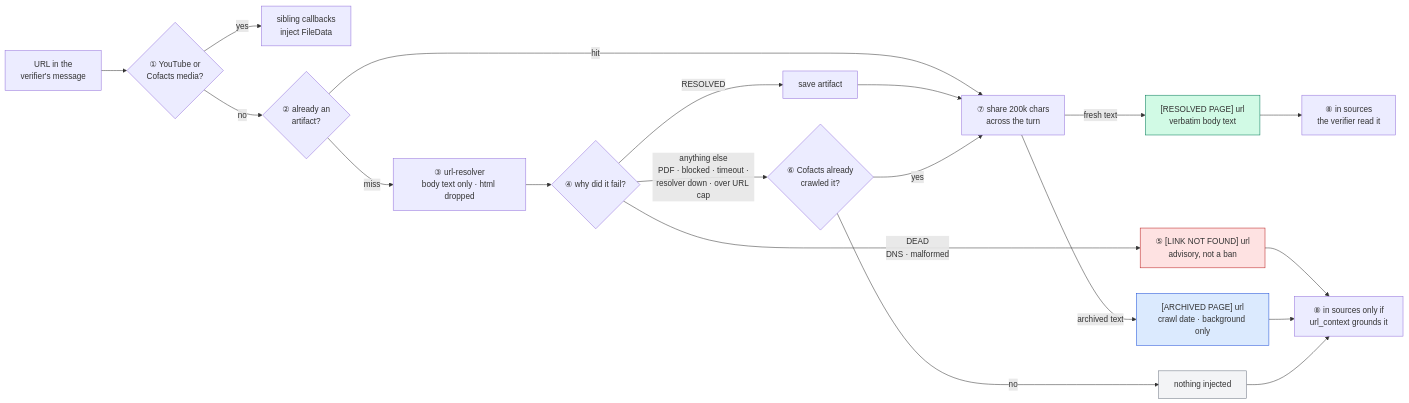
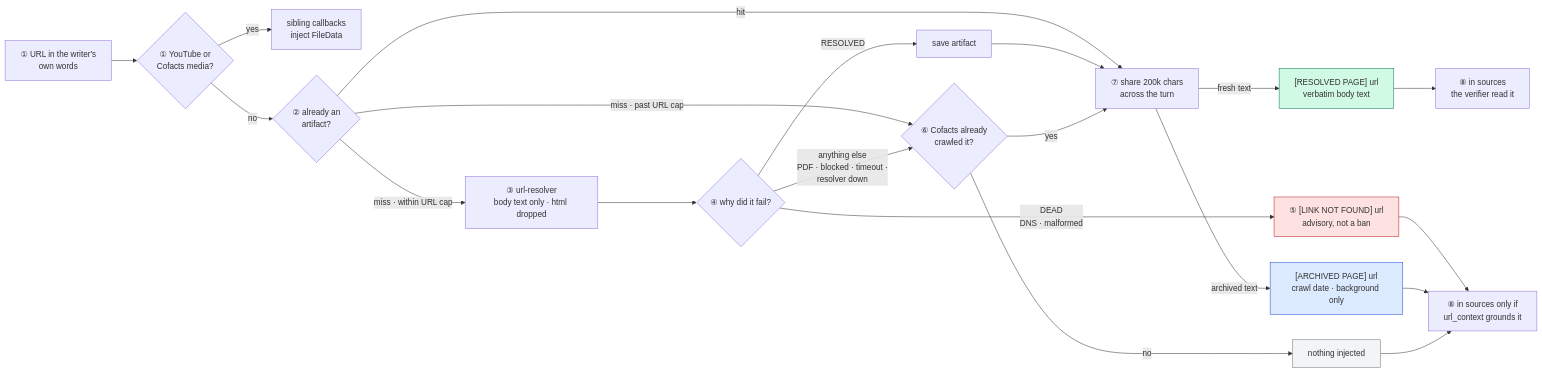
Before and after one commit to cofacts/ai: the second of 2 diagrams in docs/decisions/20260722-url-resolver-verifier-prefetch.md, drawn with Mermaid. The commit also changed other lines of this file and 8 other files, not shown here.

First line of the commit message:
fix(adk): fetch only URLs the writer wrote; move the URL cap into the callback

````diff
--- a/docs/decisions/20260722-url-resolver-verifier-prefetch.md
+++ b/docs/decisions/20260722-url-resolver-verifier-prefetch.md
@@ -147,27 +147,28 @@
 ```mermaid
 flowchart LR
-    U["URL in the<br/>verifier's message"] --> X{"① YouTube or<br/>Cofacts media?"}
+    U["① URL in the writer's<br/>own words"] --> X{"① YouTube or<br/>Cofacts media?"}
     X -->|"yes"| SIB["sibling callbacks<br/>inject FileData"]
     X -->|"no"| C{"② already an<br/>artifact?"}
-    C -->|"miss"| R["③ url-resolver<br/>body text only · html dropped"]
+    C -->|"miss · within URL cap"| R["③ url-resolver<br/>body text only · html dropped"]
+    C -->|"miss · past URL cap"| A
     R --> S{"④ why did it fail?"}
     S -->|"RESOLVED"| SV["save artifact"]
     S -->|"DEAD<br/>DNS · malformed"| O2["⑤ [LINK NOT FOUND] url<br/>advisory, not a ban"]
-    S -->|"anything else<br/>PDF · blocked · timeout ·<br/>resolver down · over URL cap"| A{"⑥ Cofacts already<br/>crawled it?"}
+    S -->|"anything else<br/>PDF · blocked · timeout ·<br/>resolver down"| A{"⑥ Cofacts already<br/>crawled it?"}
     A -->|"no"| O4["nothing injected"]
     C -->|"hit"| B
     SV --> B["⑦ share 200k chars<br/>across the turn"]
     A -->|"yes"| B
     B -->|"fresh text"| O1["[RESOLVED PAGE] url<br/>verbatim body text"]
     B -->|"archived text"| O5["[ARCHIVED PAGE] url<br/>crawl date · background only"]
 
     O1 --> S1["⑧ in sources<br/>the verifier read it"]
     O2 --> S3["⑧ in sources only if<br/>url_context grounds it"]
     O5 --> S3
     O4 --> S3
 
     style O1 fill:#d1fae5,stroke:#047857
     style O2 fill:#fee2e2,stroke:#b91c1c
     style O5 fill:#dbeafe,stroke:#1d4ed8
     style O4 fill:#f3f4f6,stroke:#6b7280
 ```
````
